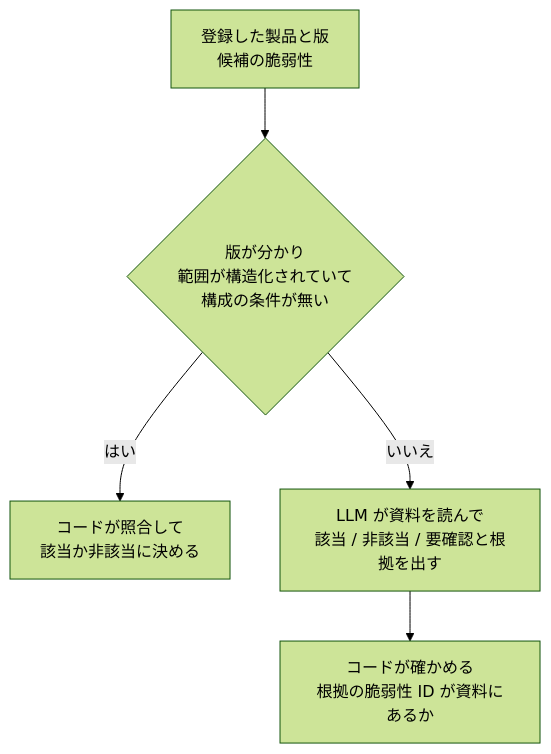
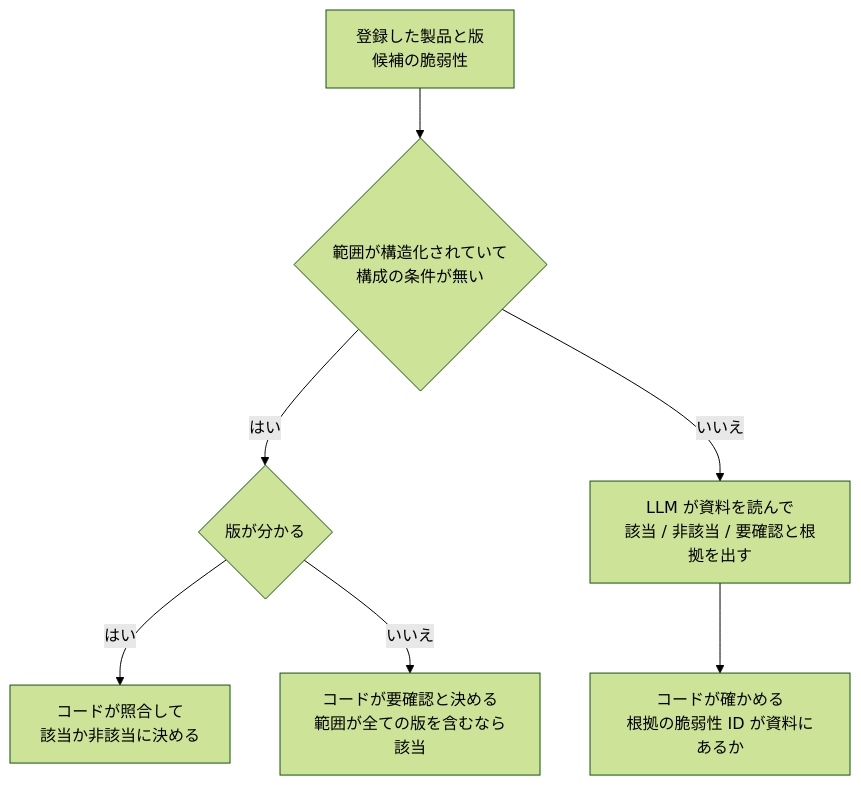
The diagram in docs/adr/0002-three-way-verdict.md (h11roki/kadoban), drawn with Mermaid (forest theme) before and after one commit. The commit also changed other lines of this file and 4 other files, not shown here.

````diff
--- a/docs/adr/0002-three-way-verdict.md
+++ b/docs/adr/0002-three-way-verdict.md
@@ -26,7 +26,9 @@
 ```mermaid
 flowchart TD
-  IN[登録した製品と版<br>候補の脆弱性] --> Q{版が分かり<br>範囲が構造化されていて<br>構成の条件が無い}
-  Q -- はい --> CODE[コードが照合して<br>該当か非該当に決める]
-  Q -- いいえ --> LLM[LLM が資料を読んで<br>該当 / 非該当 / 要確認と根拠を出す]
+  IN[登録した製品と版<br>候補の脆弱性] --> S{範囲が構造化されていて<br>構成の条件が無い}
+  S -- はい --> V{版が分かる}
+  V -- はい --> CODE[コードが照合して<br>該当か非該当に決める]
+  V -- いいえ --> ASK[コードが要確認と決める<br>範囲が全ての版を含むなら該当]
+  S -- いいえ --> LLM[LLM が資料を読んで<br>該当 / 非該当 / 要確認と根拠を出す]
   LLM --> CHECK[コードが確かめる<br>根拠の脆弱性 ID が資料にあるか]
 ```
````
